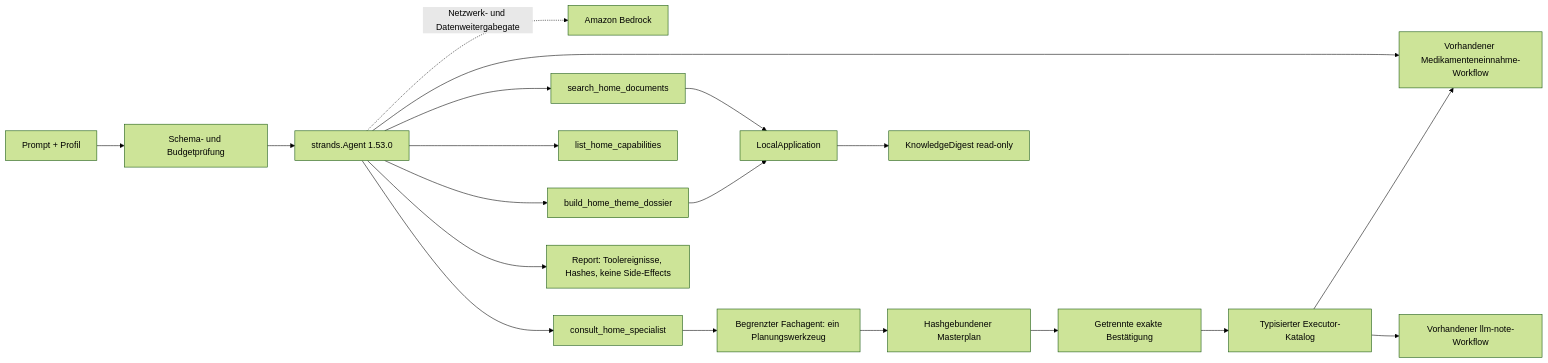
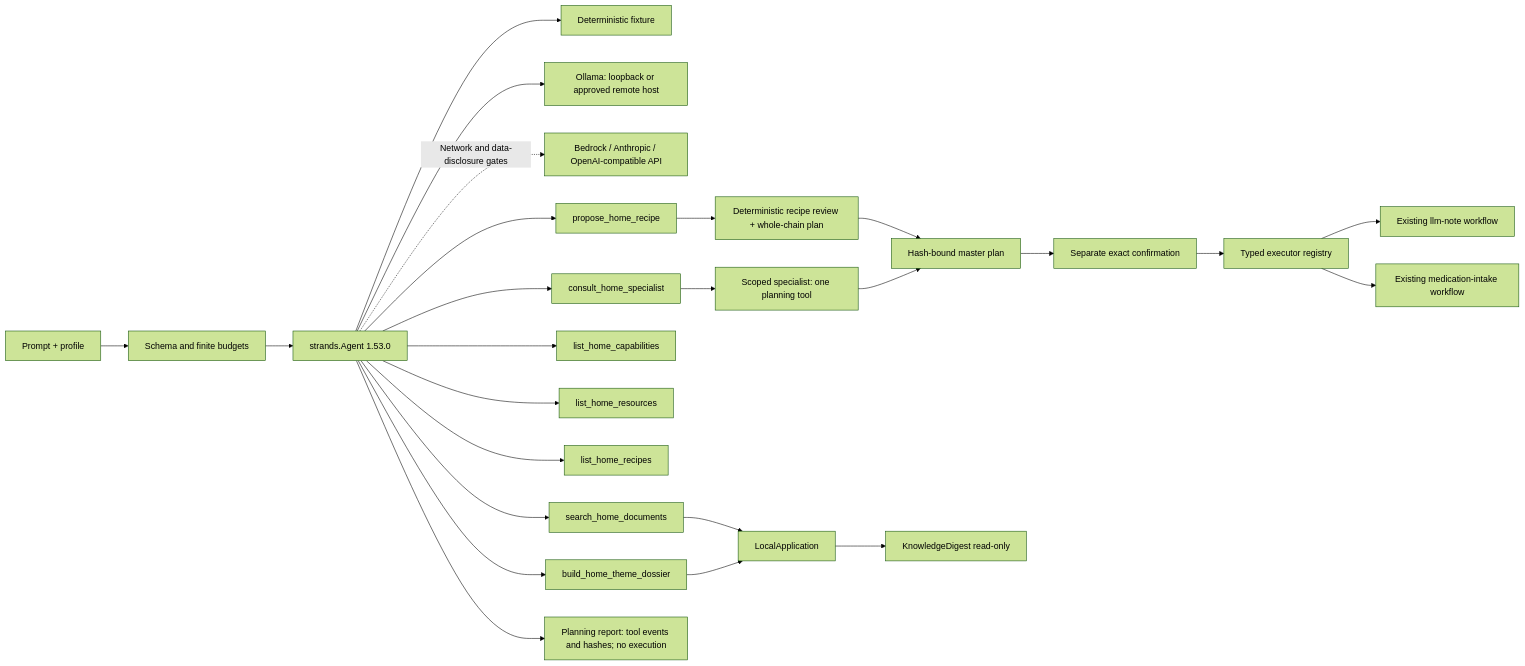
One commit to ellmos-ai/FolderHome changed the diagram in ARCHITECTURE.de.md. Above: the diagram before and after it, drawn with Mermaid (forest theme). The commit also changed other lines of this file and 19 other files, not shown here.

Commit message:
docs(architecture): align runtime boundaries and reproducible exports

````diff
--- a/ARCHITECTURE.de.md
+++ b/ARCHITECTURE.de.md
@@ -90,21 +114,27 @@
 ```mermaid
 flowchart LR
-  U[Prompt + Profil] --> V[Schema- und Budgetprüfung]
+  U[Prompt + profile] --> V[Schema and finite budgets]
   V --> A[strands.Agent 1.53.0]
-  A --> M[Fixture Model]
-  A -. Netzwerk- und Datenweitergabegate .-> B[Amazon Bedrock]
+  A --> Fixture[Deterministic fixture]
+  A --> Ollama[Ollama: loopback or approved remote host]
+  A -. Network and data-disclosure gates .-> Hosted[Bedrock / Anthropic / OpenAI-compatible API]
   A --> T1[search_home_documents]
   A --> T2[build_home_theme_dossier]
   A --> T3[list_home_capabilities]
+  A --> T5[list_home_resources]
+  A --> T6[list_home_recipes]
+  A --> T7[propose_home_recipe]
+  T7 --> RP[Deterministic recipe review + whole-chain plan]
+  RP --> P
   A --> T4[consult_home_specialist]
-  T4 --> S[Begrenzter Fachagent: ein Planungswerkzeug]
-  S --> P[Hashgebundener Masterplan]
-  P --> C[Getrennte exakte Bestätigung]
-  C --> E[Typisierter Executor-Katalog]
-  E --> N[Vorhandener llm-note-Workflow]
-  E --> M[Vorhandener Medikamenteneinnahme-Workflow]
+  T4 --> S[Scoped specialist: one planning tool]
+  S --> P[Hash-bound master plan]
+  P --> C[Separate exact confirmation]
+  C --> E[Typed executor registry]
+  E --> N[Existing llm-note workflow]
+  E --> Medication[Existing medication-intake workflow]
   T1 --> L[LocalApplication]
   T2 --> L
   L --> K[KnowledgeDigest read-only]
-  A --> R[Report: Toolereignisse, Hashes, keine Side-Effects]
+  A --> R[Planning report: tool events and hashes; no execution]
 ```
````
